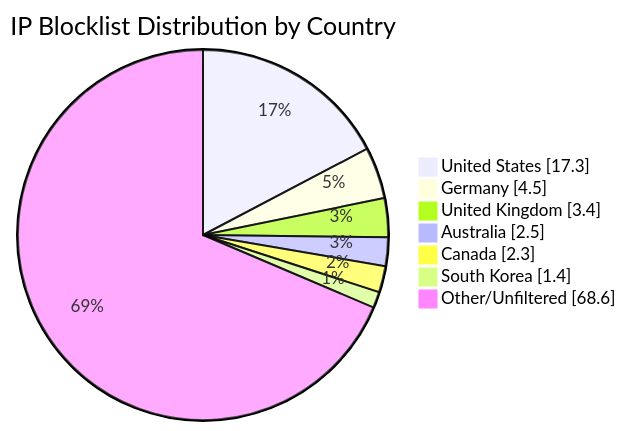
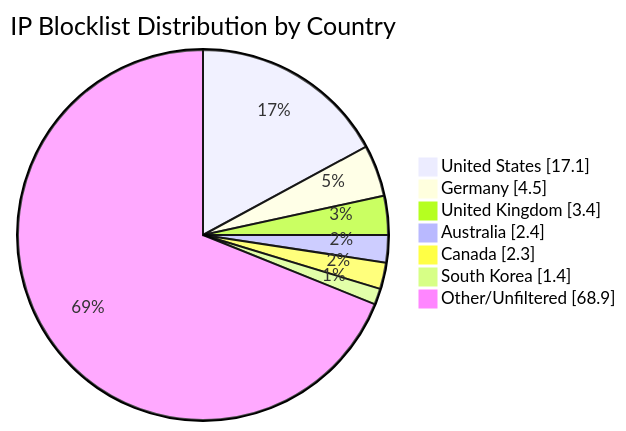
Before and after one commit to MarcusHoltz/ipblocklist-geofiltered-aggregator: the diagram in README.md, drawn with Mermaid. The commit also changed other lines of this file and 9 other files, not shown here.

````diff
--- a/README.md
+++ b/README.md
@@ -34,10 +34,10 @@
 ```mermaid
 pie showData title IP Blocklist Distribution by Country
-"United States" : 17.3
+"United States" : 17.1
 "Germany" : 4.5
 "United Kingdom" : 3.4
-"Australia" : 2.5
+"Australia" : 2.4
 "Canada" : 2.3
 "South Korea" : 1.4
-"Other/Unfiltered" : 68.6
+"Other/Unfiltered" : 68.9
 ```
````
